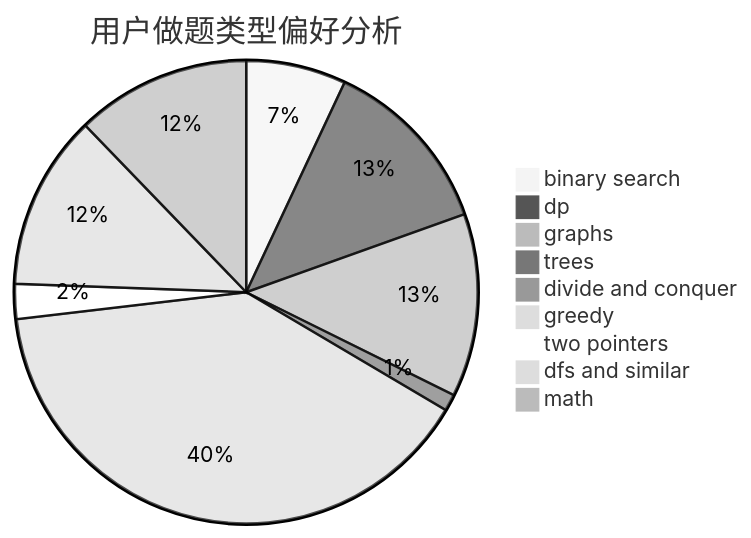
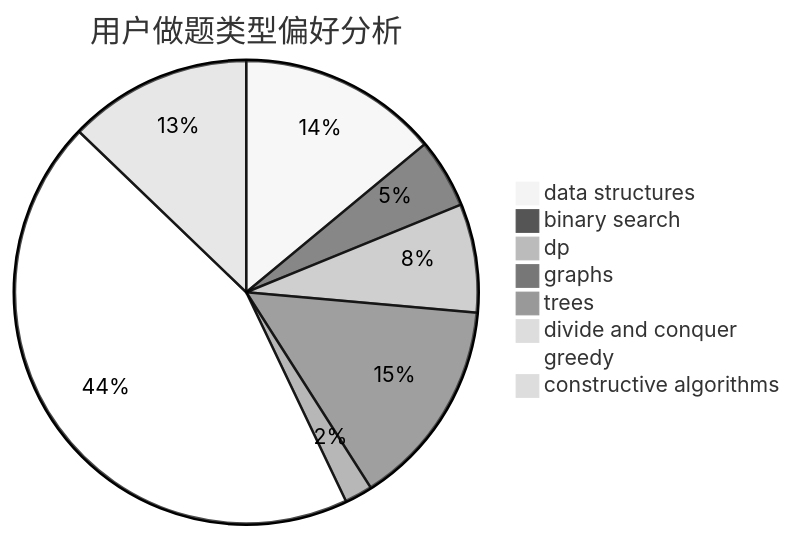
Before and after one commit to sherpahu/cfrs.github.io: the second of 3 diagrams in docs/user/u45.md, drawn with Mermaid (neutral theme). The commit also changed other lines of this file and 2775 other files, not shown here.

````diff
--- a/docs/user/u45.md
+++ b/docs/user/u45.md
@@ -23,12 +23,11 @@
 ```mermaid
 pie title 用户做题类型偏好分析
-    "binary search" :  60
-    "dp" :  108
-    "graphs" :  110
+    "data structures" :  72
+    "binary search" :  25
+    "dp" :  39
+    "graphs" :  75
     "trees" :  10
     "divide and conquer" :  1
-    "greedy" :  341
-    "two pointers" :  21
-    "dfs and similar" :  105
-    "math" :  105
+    "greedy" :  228
+    "constructive algorithms" :  66
 ```
````
